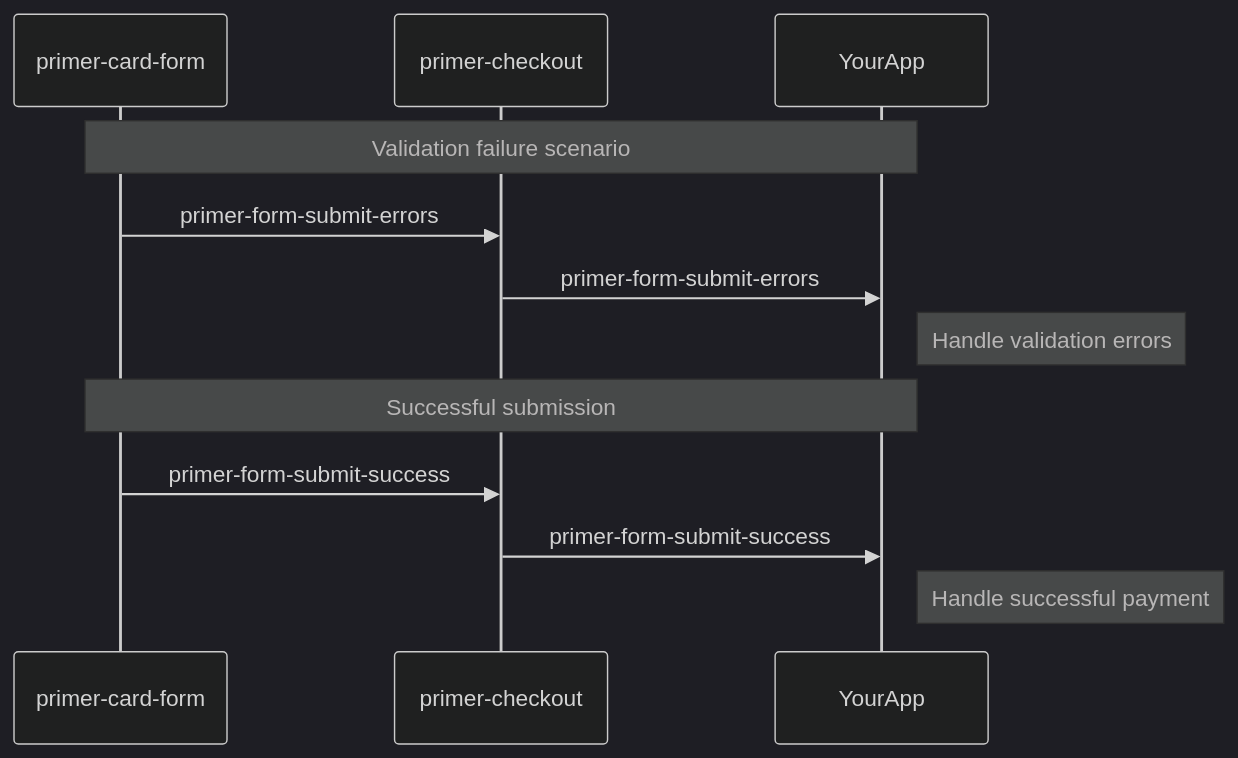
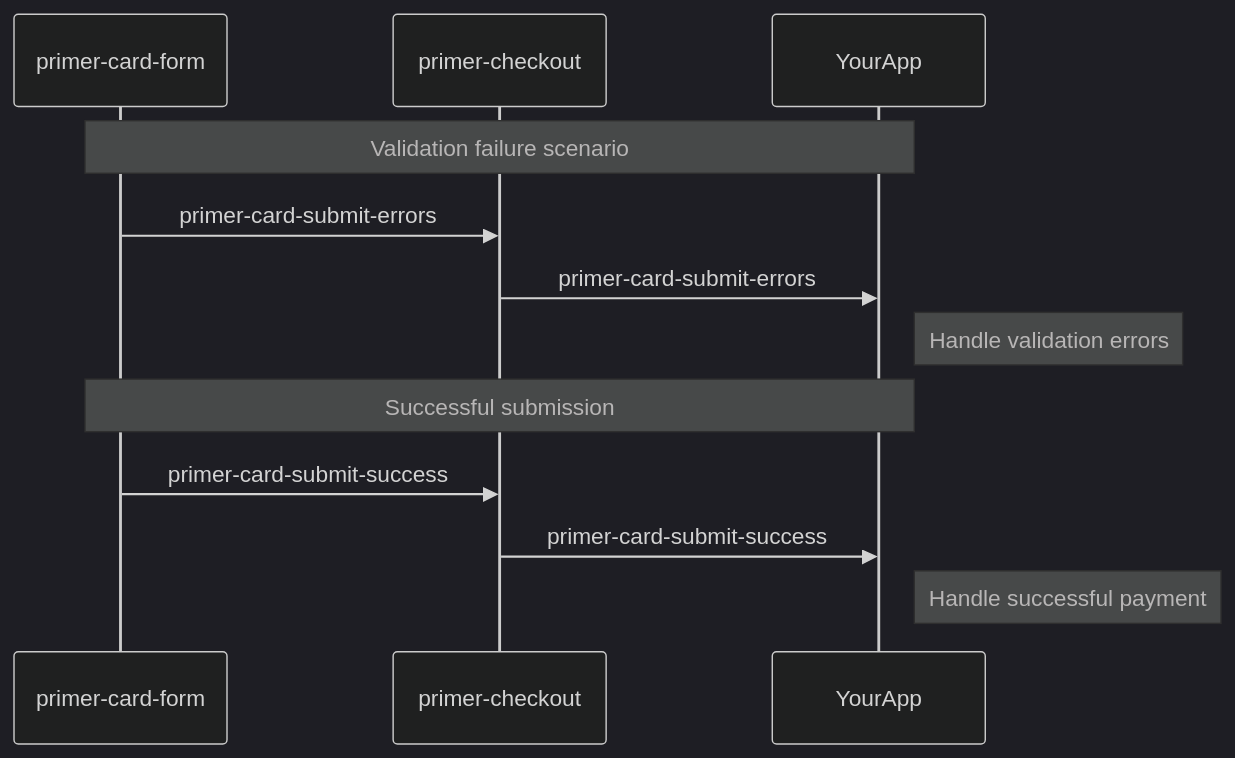
The fourth of 5 diagrams in docs/general-docs/documentation/card-form-customizations-guide.md (primer-io/examples), drawn with Mermaid (dark theme) before and after one commit. The commit also changed other lines of this file and 3 other files, not shown here.

````diff
--- a/docs/general-docs/documentation/card-form-customizations-guide.md
+++ b/docs/general-docs/documentation/card-form-customizations-guide.md
@@ -209,16 +209,16 @@
 ```mermaid
 sequenceDiagram
     participant CardForm as primer-card-form
     participant Checkout as primer-checkout
     participant YourApp
 
     Note over CardForm,YourApp: Validation failure scenario
-    CardForm->>Checkout: primer-form-submit-errors
-    Checkout->>YourApp: primer-form-submit-errors
+    CardForm->>Checkout: primer-card-submit-errors
+    Checkout->>YourApp: primer-card-submit-errors
     Note right of YourApp: Handle validation errors
 
     Note over CardForm,YourApp: Successful submission
-    CardForm->>Checkout: primer-form-submit-success
-    Checkout->>YourApp: primer-form-submit-success
+    CardForm->>Checkout: primer-card-submit-success
+    Checkout->>YourApp: primer-card-submit-success
     Note right of YourApp: Handle successful payment
 ```
````
